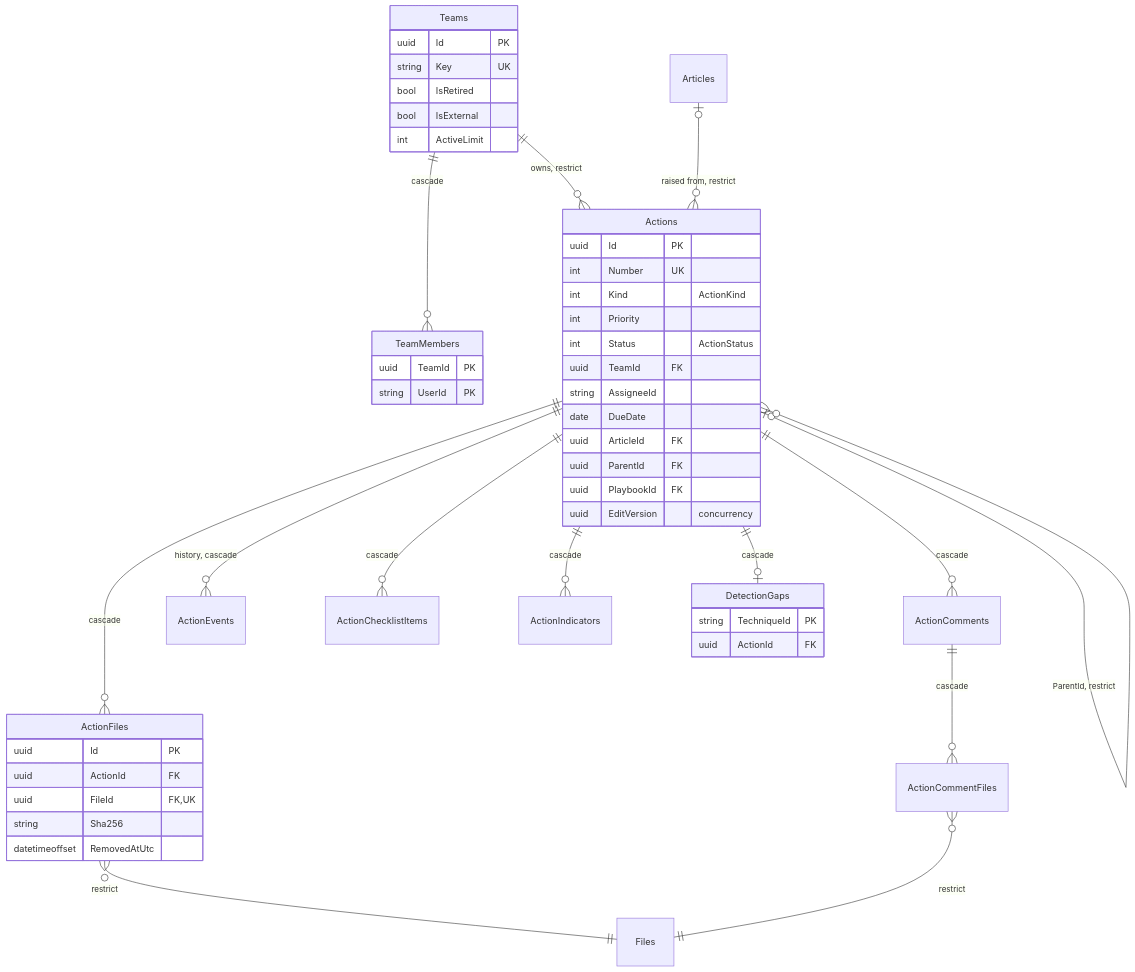
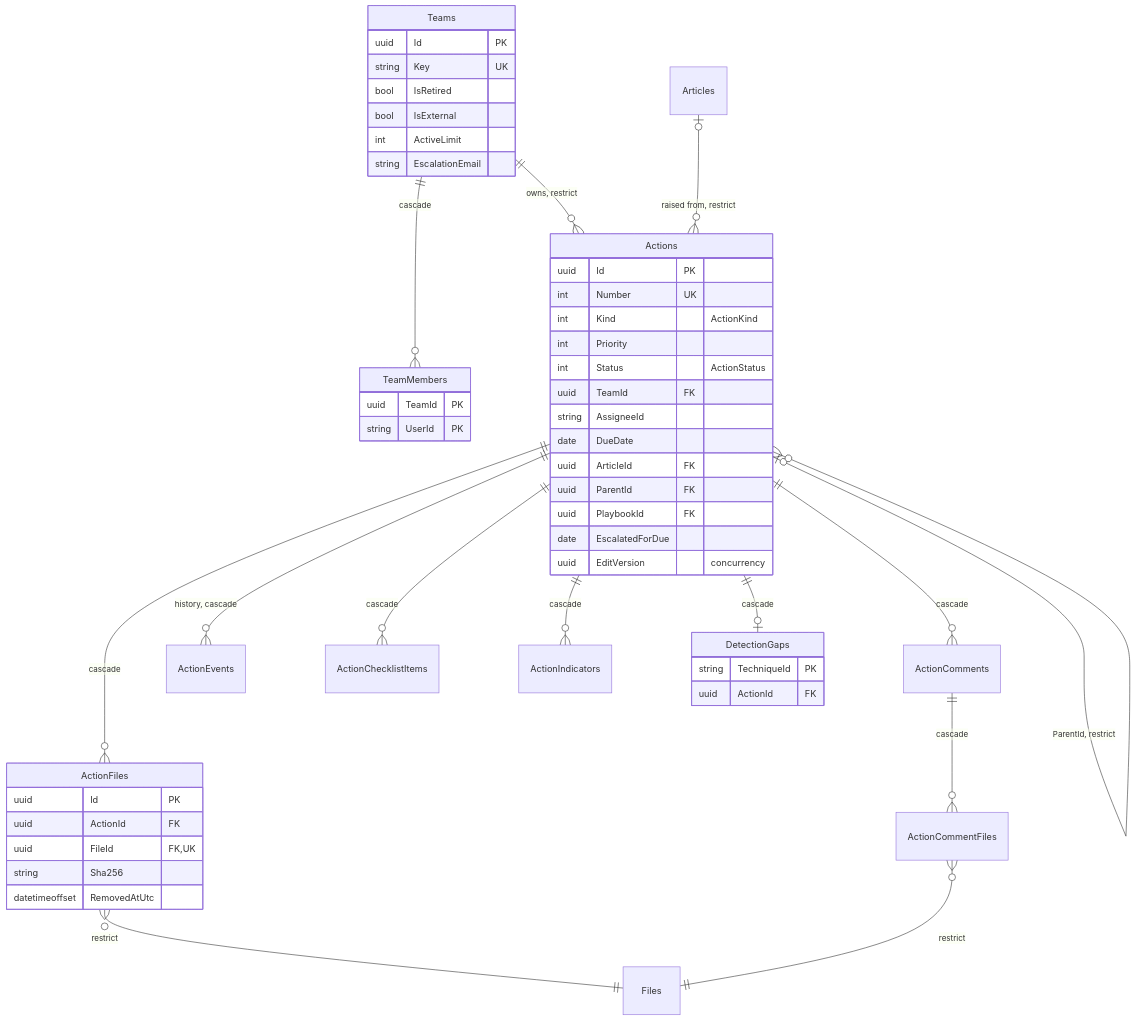
One commit to jashley92/Tide changed the sixth of 12 diagrams in docs/architecture/data-model.md. Above: the diagram before and after it, drawn with Mermaid. The commit also changed other lines of this file and 52 other files, not shown here.

````diff
--- a/docs/architecture/data-model.md
+++ b/docs/architecture/data-model.md
@@ -305,53 +305,55 @@
 ```mermaid
 erDiagram
     Teams ||--o{ TeamMembers : "cascade"
     Teams ||--o{ Actions : "owns, restrict"
     Articles |o--o{ Actions : "raised from, restrict"
     Actions |o--o{ Actions : "ParentId, restrict"
     Actions ||--o{ ActionComments : "cascade"
     ActionComments ||--o{ ActionCommentFiles : "cascade"
     Actions ||--o{ ActionFiles : "cascade"
     ActionFiles }o--|| Files : "restrict"
     ActionCommentFiles }o--|| Files : "restrict"
     Actions ||--o{ ActionEvents : "history, cascade"
     Actions ||--o{ ActionChecklistItems : "cascade"
     Actions ||--o{ ActionIndicators : "cascade"
     Actions ||--o| DetectionGaps : "cascade"
 
     Actions {
         uuid Id PK
         int Number UK
         int Kind "ActionKind"
         int Priority
         int Status "ActionStatus"
         uuid TeamId FK
         string AssigneeId
         date DueDate
         uuid ArticleId FK
         uuid ParentId FK
         uuid PlaybookId FK
+        date EscalatedForDue
         uuid EditVersion "concurrency"
     }
     Teams {
         uuid Id PK
         string Key UK
         bool IsRetired
         bool IsExternal
         int ActiveLimit
+        string EscalationEmail
     }
     TeamMembers {
         uuid TeamId PK
         string UserId PK
     }
     ActionFiles {
         uuid Id PK
         uuid ActionId FK
         uuid FileId FK, UK
         string Sha256
         datetimeoffset RemovedAtUtc
     }
     DetectionGaps {
         string TechniqueId PK
         uuid ActionId FK
     }
 ```
````
